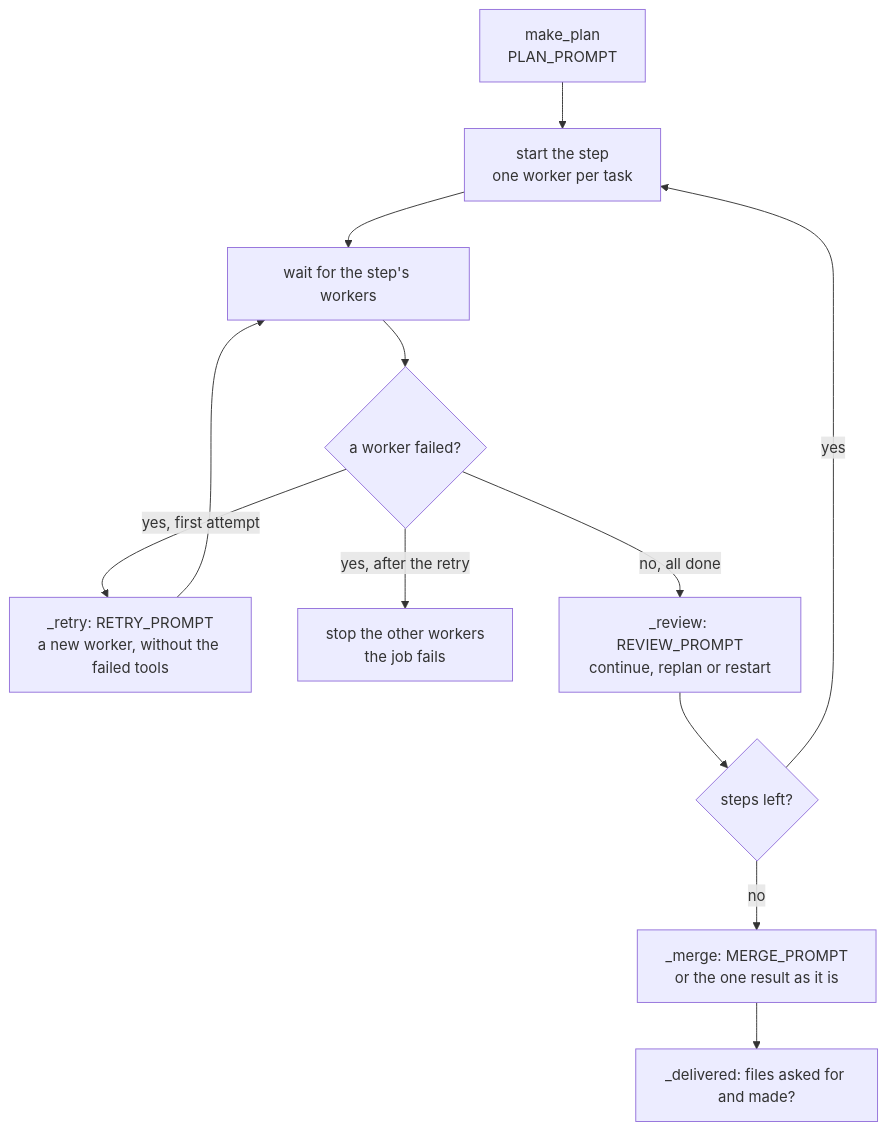
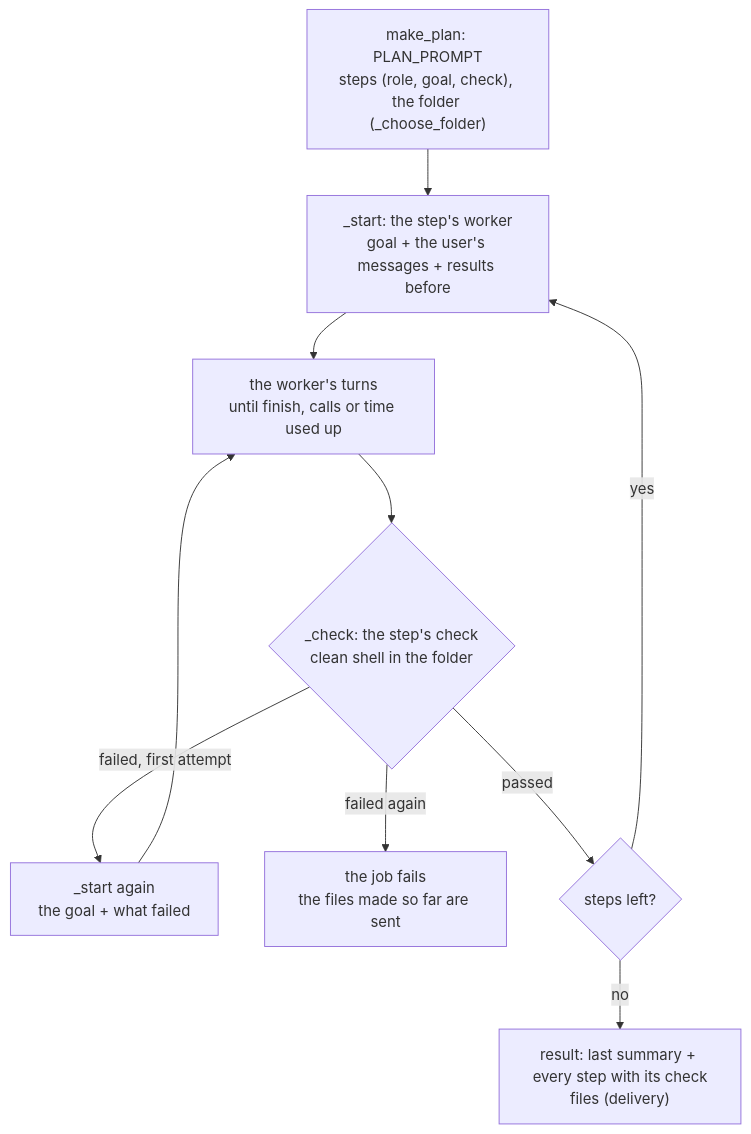
One commit to tanzfisch/Rueckgrat changed the third of 3 diagrams in docs/agents.md. Above: the diagram before and after it, drawn with Mermaid. The commit also changed other lines of this file and 42 other files, not shown here.

````diff
--- a/docs/agents.md
+++ b/docs/agents.md
@@ -115,20 +115,18 @@
 ```mermaid
 flowchart TD
-  plan["make_plan<br/>PLAN_PROMPT"]
-  start["start the step<br/>one worker per task"]
-  wait["wait for the step's workers"]
-  failed{"a worker failed?"}
-  retry["_retry: RETRY_PROMPT<br/>a new worker, without the failed tools"]
-  fail["stop the other workers<br/>the job fails"]
-  review["_review: REVIEW_PROMPT<br/>continue, replan or restart"]
+  plan["make_plan: PLAN_PROMPT<br/>steps (role, goal, check), the folder (_choose_folder)"]
+  start["_start: the step's worker<br/>goal + the user's messages + results before"]
+  work["the worker's turns<br/>until finish, calls or time used up"]
+  check{"_check: the step's check<br/>clean shell in the folder"}
+  retry["_start again<br/>the goal + what failed"]
+  fail["the job fails<br/>the files made so far are sent"]
   more{"steps left?"}
-  merge["_merge: MERGE_PROMPT<br/>or the one result as it is"]
-  deliver["_delivered: files asked for and made?"]
+  result["result: last summary + every step with its check<br/>files (delivery)"]
 
-  plan --> start --> wait --> failed
-  failed -->|"yes, first attempt"| retry --> wait
-  failed -->|"yes, after the retry"| fail
-  failed -->|"no, all done"| review --> more
+  plan --> start --> work --> check
+  check -->|"passed"| more
+  check -->|"failed, first attempt"| retry --> work
+  check -->|"failed again"| fail
   more -->|"yes"| start
-  more -->|"no"| merge --> deliver
+  more -->|"no"| result
 ```
````
